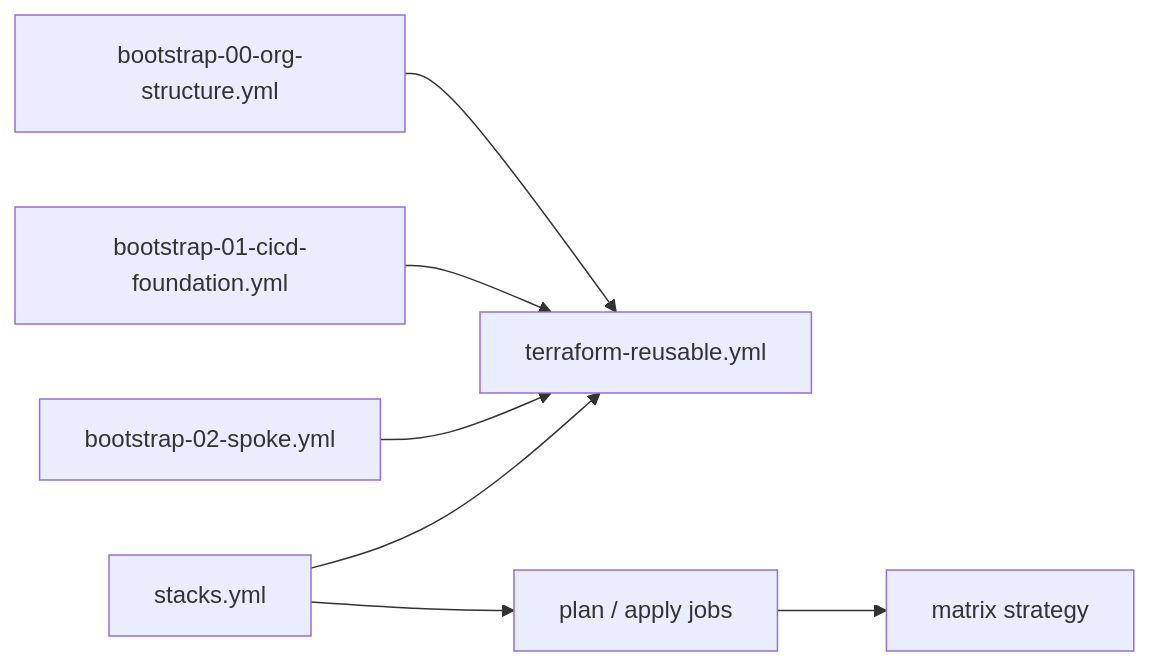
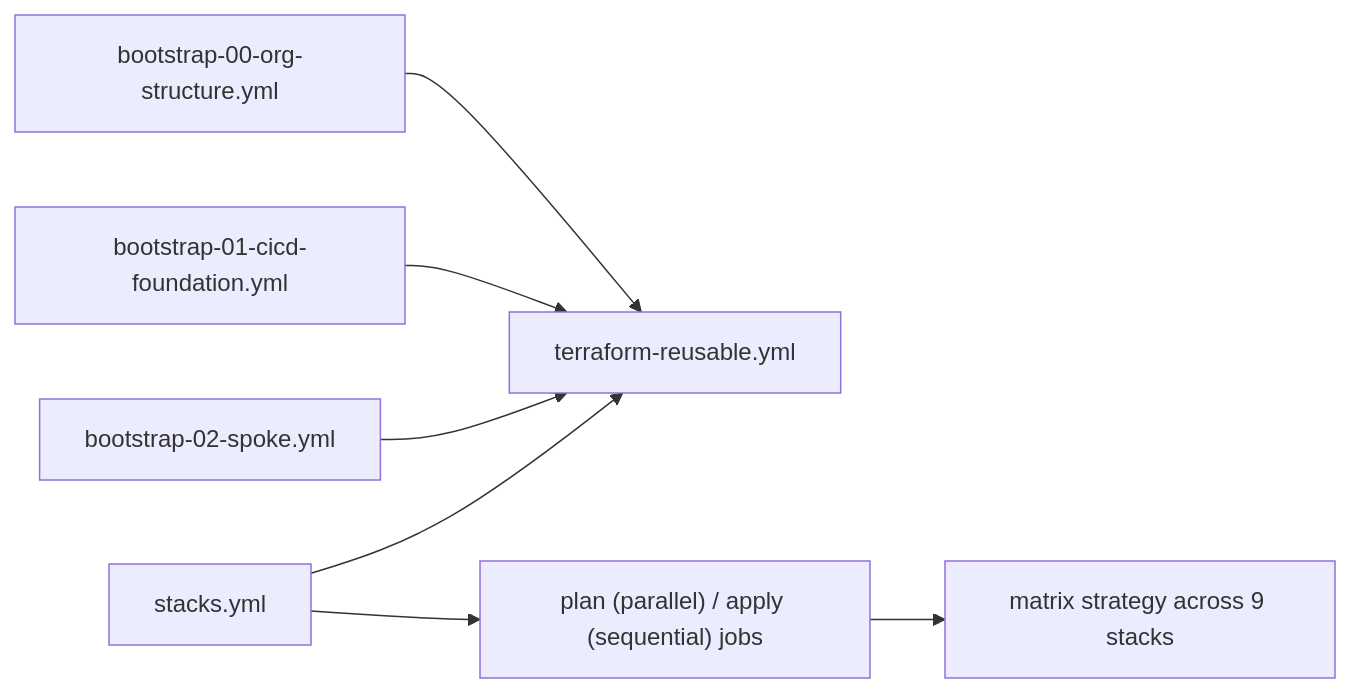
One commit to AlibabaCloudLandingZone/alibabacloud-landingzone-accelerator-github-demo changed the sixth of 10 diagrams in .qoder/repowiki/en/content/CI_CD Pipeline Architecture/CI_CD Pipeline Architecture.md. Above: the diagram before and after it, drawn with Mermaid. The commit also changed other lines of this file and 104 other files, not shown here.

````diff
--- a/.qoder/repowiki/en/content/CI_CD Pipeline Architecture/CI_CD Pipeline Architecture.md
+++ b/.qoder/repowiki/en/content/CI_CD Pipeline Architecture/CI_CD Pipeline Architecture.md
@@ -232,9 +268,9 @@
 ```mermaid
 graph LR
 B0["bootstrap-00-org-structure.yml"] --> RW["terraform-reusable.yml"]
 B1["bootstrap-01-cicd-foundation.yml"] --> RW
 B2["bootstrap-02-spoke.yml"] --> RW
 SW["stacks.yml"] --> RW
-SW --> Jobs["plan / apply jobs"]
-Jobs --> Matrix["matrix strategy"]
+SW --> Jobs["plan (parallel) / apply (sequential) jobs"]
+Jobs --> Matrix["matrix strategy across 9 stacks"]
 ```
````
